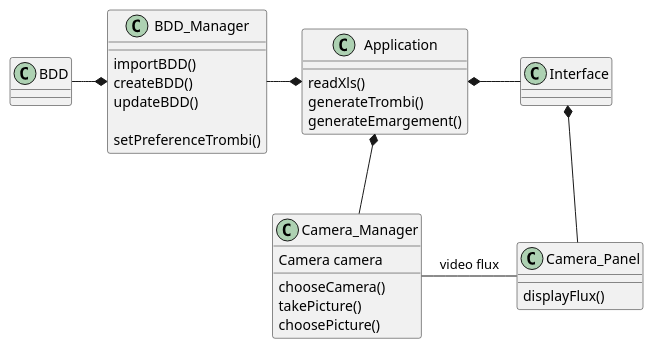
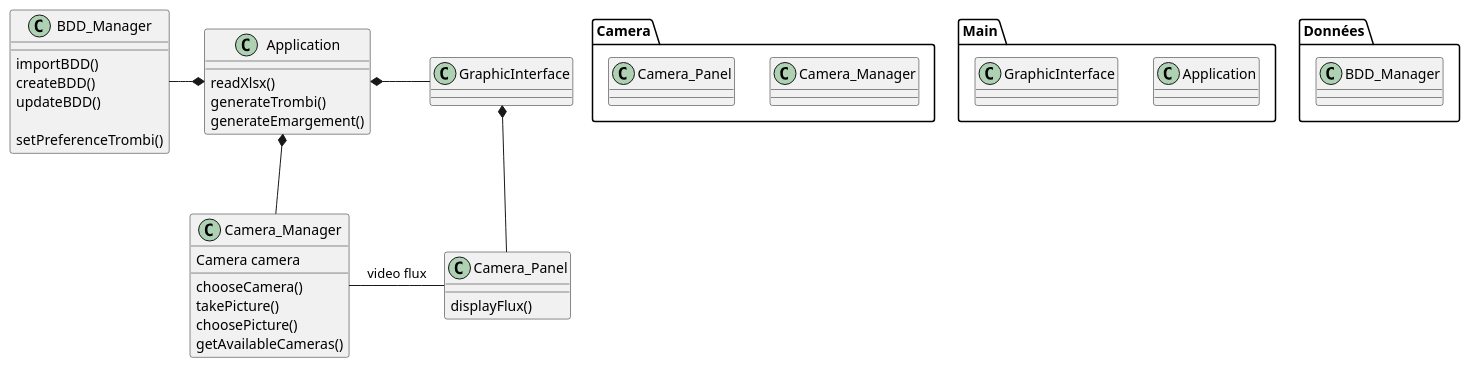
One commit to pandadorable/Trombinoscope changed the diagram in Diagrammes/diagramme_class.wsd. Above: the diagram before and after it, drawn with PlantUML.

Commit message:
fix : ajout packages au diagramme de classe

```diff
--- a/Diagrammes/diagramme_class.wsd
+++ b/Diagrammes/diagramme_class.wsd
@@ -1,45 +1,56 @@
 @startuml classDiagram
 
+Package Camera {
+    class Camera_Manager
+    class Camera_Panel
+}
+
+Package Main {
+    class Application
+    class GraphicInterface
+}
+
+Package Données {
+    class BDD_Manager
+}
+
 class Application {
-    readXls()
+    readXlsx()
     generateTrombi()
     generateEmargement()
 }
 
-class Interface {
+class GraphicInterface {
 
 }
 
-class BDD {
-    
-}
 
 class BDD_Manager {
     importBDD()
     createBDD()
     updateBDD()
 
     setPreferenceTrombi()
 }
 
 class Camera_Manager {
     Camera camera
     chooseCamera()
     takePicture() 
     choosePicture() 
+    getAvailableCameras()
 }
 
 class Camera_Panel {
     displayFlux()
 }
 
-Application *-right- Interface 
+Application *-right- GraphicInterface 
 Application *-left- BDD_Manager
 Application *-down- Camera_Manager
 
-Interface *-- Camera_Panel
+GraphicInterface *-- Camera_Panel
 
 Camera_Manager -right- Camera_Panel : video flux
-BDD -right-* BDD_Manager
 
 @enduml
```
